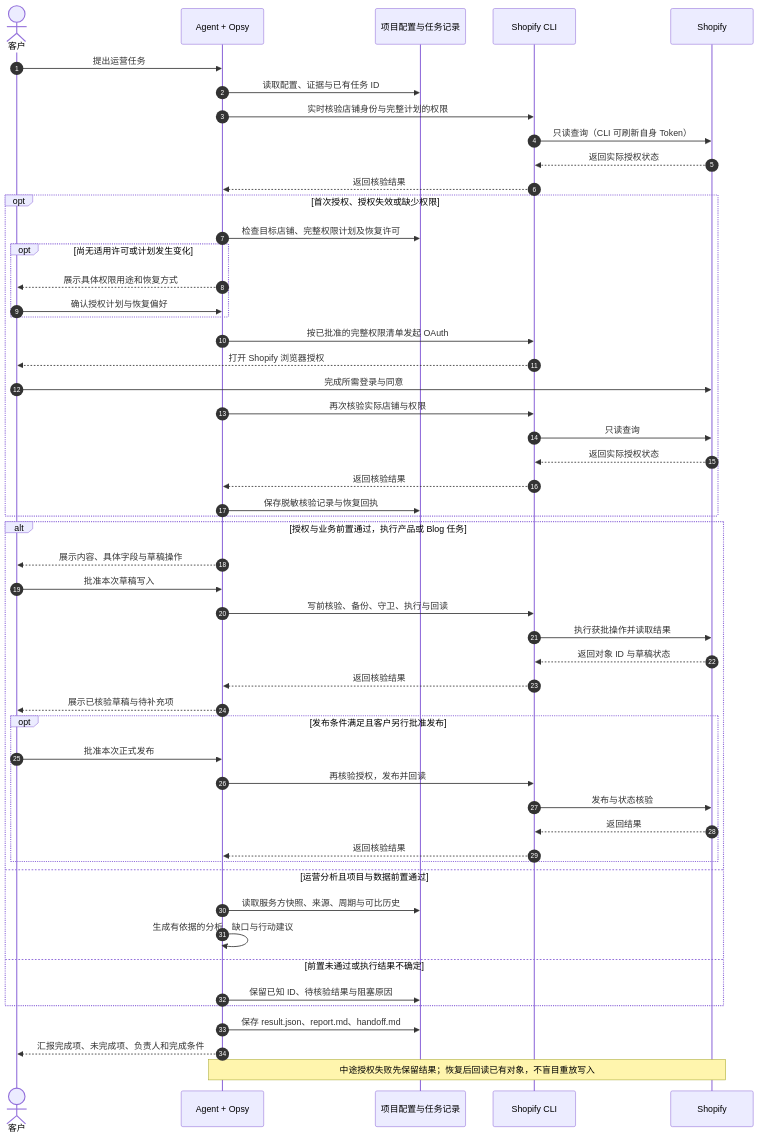
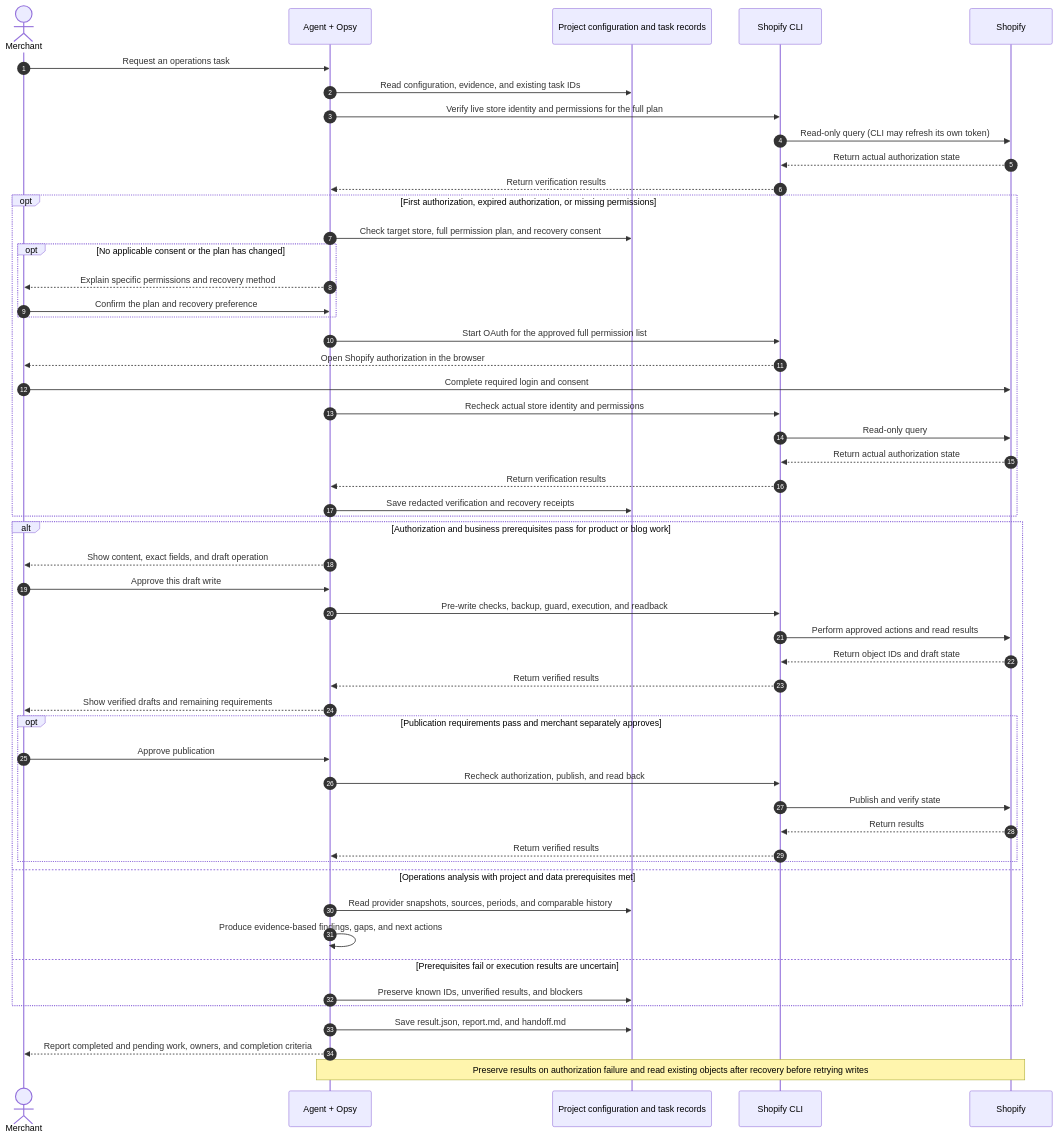
One commit to xenos2025/Opsy changed the second of 2 diagrams in README.md. Above: the diagram before and after it, drawn with Mermaid. The commit also changed other lines of this file and 46 other files, not shown here.

Commit message:
feat(opsy): standardize customer configuration and bilingual docs

````diff
--- a/README.md
+++ b/README.md
@@ -77,54 +85,54 @@
 ```mermaid
 sequenceDiagram
     autonumber
-    actor Customer as 客户
+    actor Customer as Merchant
     participant Agent as Agent + Opsy
-    participant Workspace as 项目配置与任务记录
+    participant Workspace as Project configuration and task records
     participant CLI as Shopify CLI
     participant Shopify as Shopify
-    Customer->>Agent: 提出运营任务
-    Agent->>Workspace: 读取配置、证据与已有任务 ID
-    Agent->>CLI: 实时核验店铺身份与完整计划的权限
-    CLI->>Shopify: 只读查询（CLI 可刷新自身 Token）
-    Shopify-->>CLI: 返回实际授权状态
-    CLI-->>Agent: 返回核验结果
-    opt 首次授权、授权失效或缺少权限
-        Agent->>Workspace: 检查目标店铺、完整权限计划及恢复许可
-        opt 尚无适用许可或计划发生变化
-            Agent-->>Customer: 展示具体权限用途和恢复方式
-            Customer->>Agent: 确认授权计划与恢复偏好
+    Customer->>Agent: Request an operations task
+    Agent->>Workspace: Read configuration, evidence, and existing task IDs
+    Agent->>CLI: Verify live store identity and permissions for the full plan
+    CLI->>Shopify: Read-only query (CLI may refresh its own token)
+    Shopify-->>CLI: Return actual authorization state
+    CLI-->>Agent: Return verification results
+    opt First authorization, expired authorization, or missing permissions
+        Agent->>Workspace: Check target store, full permission plan, and recovery consent
+        opt No applicable consent or the plan has changed
+            Agent-->>Customer: Explain specific permissions and recovery method
+            Customer->>Agent: Confirm the plan and recovery preference
         end
-        Agent->>CLI: 按已批准的完整权限清单发起 OAuth
-        CLI-->>Customer: 打开 Shopify 浏览器授权
-        Customer->>Shopify: 完成所需登录与同意
-        Agent->>CLI: 再次核验实际店铺与权限
-        CLI->>Shopify: 只读查询
-        Shopify-->>CLI: 返回实际授权状态
-        CLI-->>Agent: 返回核验结果
-        Agent->>Workspace: 保存脱敏核验记录与恢复回执
+        Agent->>CLI: Start OAuth for the approved full permission list
+        CLI-->>Customer: Open Shopify authorization in the browser
+        Customer->>Shopify: Complete required login and consent
+        Agent->>CLI: Recheck actual store identity and permissions
+        CLI->>Shopify: Read-only query
+        Shopify-->>CLI: Return actual authorization state
+        CLI-->>Agent: Return verification results
+        Agent->>Workspace: Save redacted verification and recovery receipts
     end
-    alt 授权与业务前置通过，执行产品或 Blog 任务
-        Agent-->>Customer: 展示内容、具体字段与草稿操作
-        Customer->>Agent: 批准本次草稿写入
-        Agent->>CLI: 写前核验、备份、守卫、执行与回读
-        CLI->>Shopify: 执行获批操作并读取结果
-        Shopify-->>CLI: 返回对象 ID 与草稿状态
-        CLI-->>Agent: 返回核验结果
-        Agent-->>Customer: 展示已核验草稿与待补充项
-        opt 发布条件满足且客户另行批准发布
-            Customer->>Agent: 批准本次正式发布
-            Agent->>CLI: 再核验授权，发布并回读
-            CLI->>Shopify: 发布与状态核验
-            Shopify-->>CLI: 返回结果
-            CLI-->>Agent: 返回核验结果
+    alt Authorization and business prerequisites pass for product or blog work
+        Agent-->>Customer: Show content, exact fields, and draft operation
+        Customer->>Agent: Approve this draft write
+        Agent->>CLI: Pre-write checks, backup, guard, execution, and readback
+        CLI->>Shopify: Perform approved actions and read results
+        Shopify-->>CLI: Return object IDs and draft state
+        CLI-->>Agent: Return verified results
+        Agent-->>Customer: Show verified drafts and remaining requirements
+        opt Publication requirements pass and merchant separately approves
+            Customer->>Agent: Approve publication
+            Agent->>CLI: Recheck authorization, publish, and read back
+            CLI->>Shopify: Publish and verify state
+            Shopify-->>CLI: Return results
+            CLI-->>Agent: Return verified results
         end
-    else 运营分析且项目与数据前置通过
-        Agent->>Workspace: 读取服务方快照、来源、周期与可比历史
-        Agent->>Agent: 生成有依据的分析、缺口与行动建议
-    else 前置未通过或执行结果不确定
-        Agent->>Workspace: 保留已知 ID、待核验结果与阻塞原因
+    else Operations analysis with project and data prerequisites met
+        Agent->>Workspace: Read provider snapshots, sources, periods, and comparable history
+        Agent->>Agent: Produce evidence-based findings, gaps, and next actions
+    else Prerequisites fail or execution results are uncertain
+        Agent->>Workspace: Preserve known IDs, unverified results, and blockers
     end
-    Agent->>Workspace: 保存 result.json、report.md、handoff.md
-    Agent-->>Customer: 汇报完成项、未完成项、负责人和完成条件
-    Note over Agent,Shopify: 中途授权失败先保留结果；恢复后回读已有对象，不盲目重放写入
+    Agent->>Workspace: Save result.json, report.md, and handoff.md
+    Agent-->>Customer: Report completed and pending work, owners, and completion criteria
+    Note over Agent,Shopify: Preserve results on authorization failure and read existing objects after recovery before retrying writes
 ```
````
